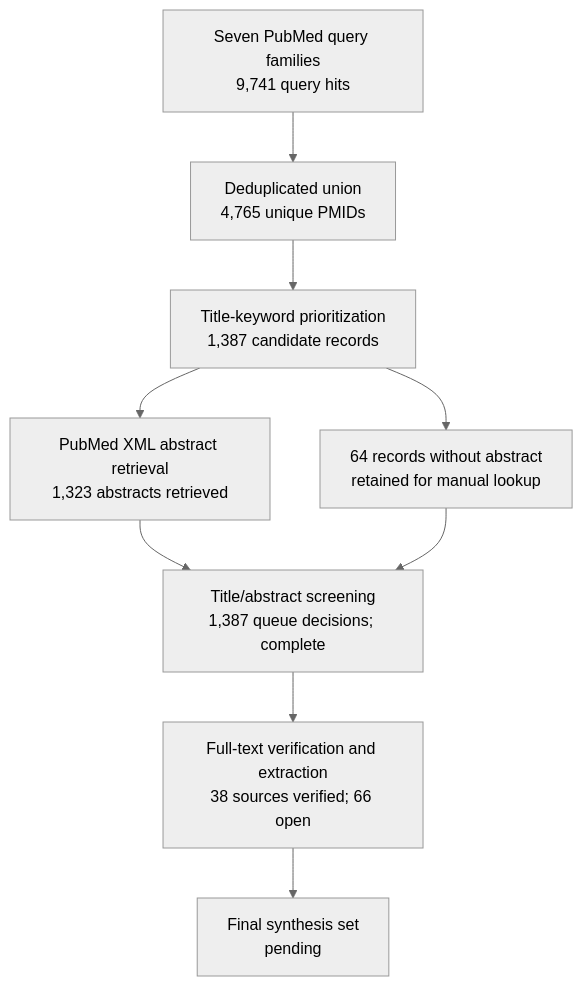
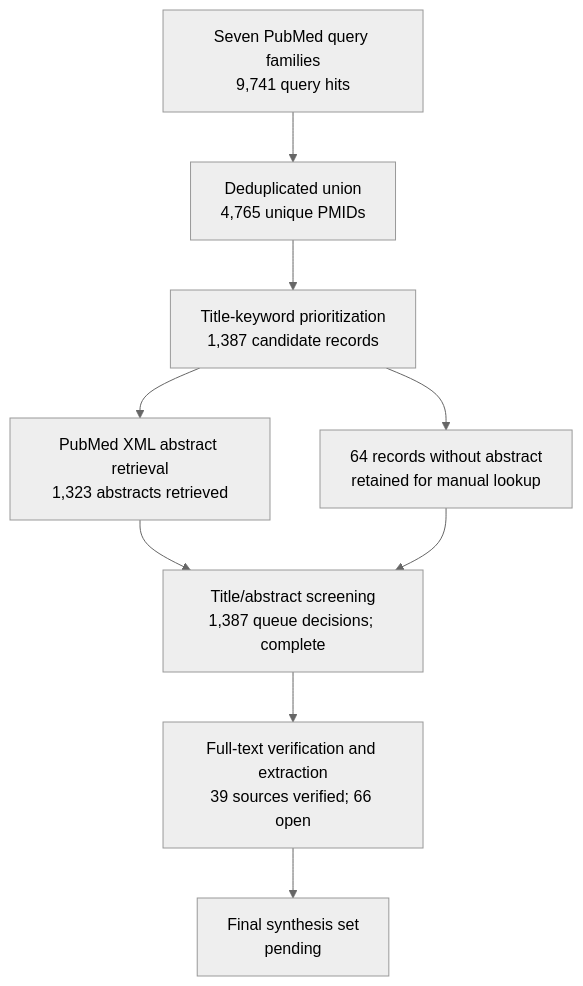
Before and after one commit to dcmcshan/artemisia: the diagram in manuscript/review-flow.md, drawn with Mermaid (neutral theme). The commit also changed other lines of this file and 19 other files, not shown here.

````diff
--- a/manuscript/review-flow.md
+++ b/manuscript/review-flow.md
@@ -5,11 +5,11 @@
 ```mermaid
 flowchart TB
   Q[Seven PubMed query families<br/>9,741 query hits] --> U[Deduplicated union<br/>4,765 unique PMIDs]
   U --> T[Title-keyword prioritization<br/>1,387 candidate records]
   T --> A[PubMed XML abstract retrieval<br/>1,323 abstracts retrieved]
   T --> N[64 records without abstract<br/>retained for manual lookup]
   A --> M[Title/abstract screening<br/>1,387 queue decisions; complete]
   N --> M
-  M --> F[Full-text verification and extraction<br/>38 sources verified; 66 open]
+  M --> F[Full-text verification and extraction<br/>39 sources verified; 66 open]
   F --> S[Final synthesis set<br/>pending]
 ```
````
